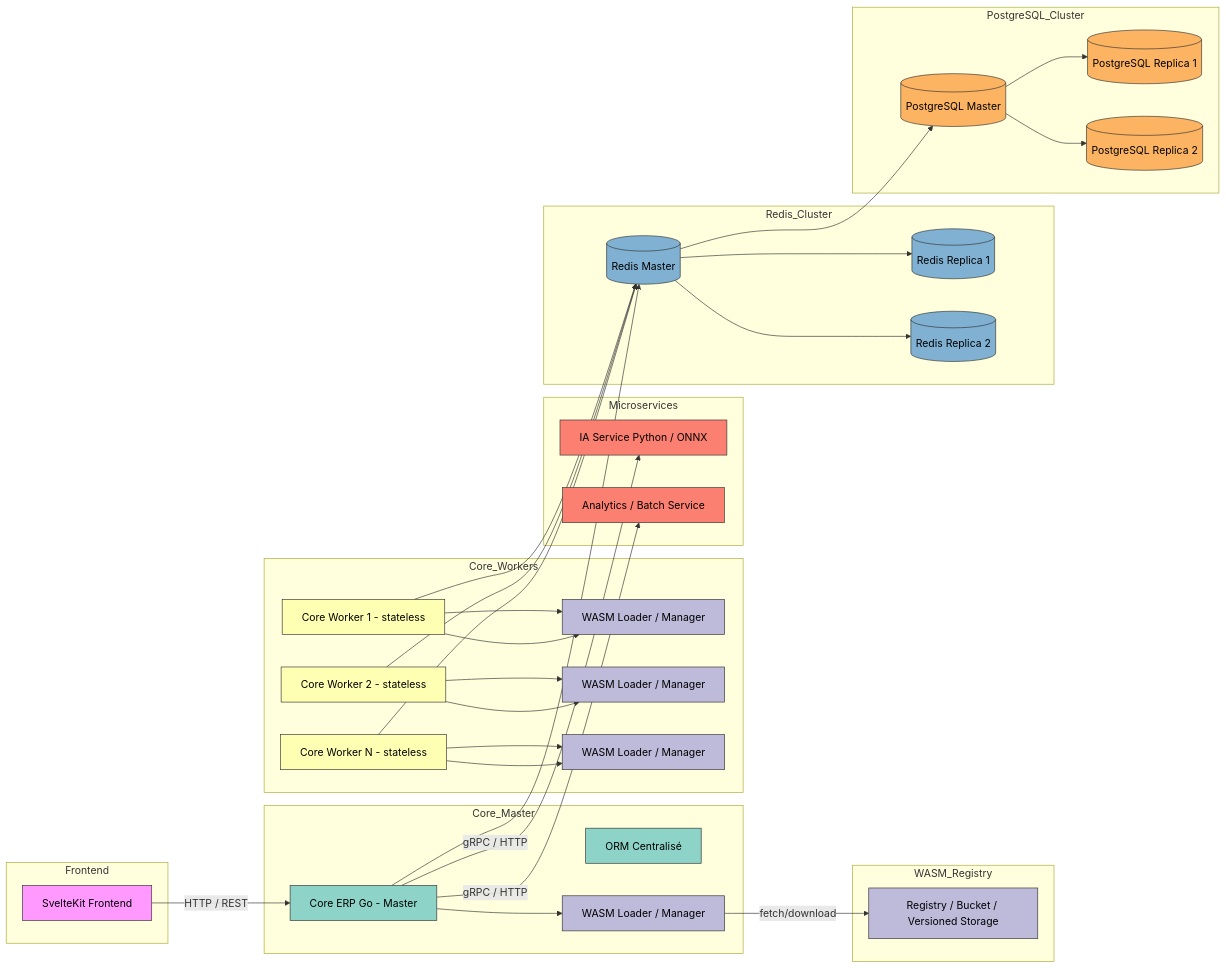
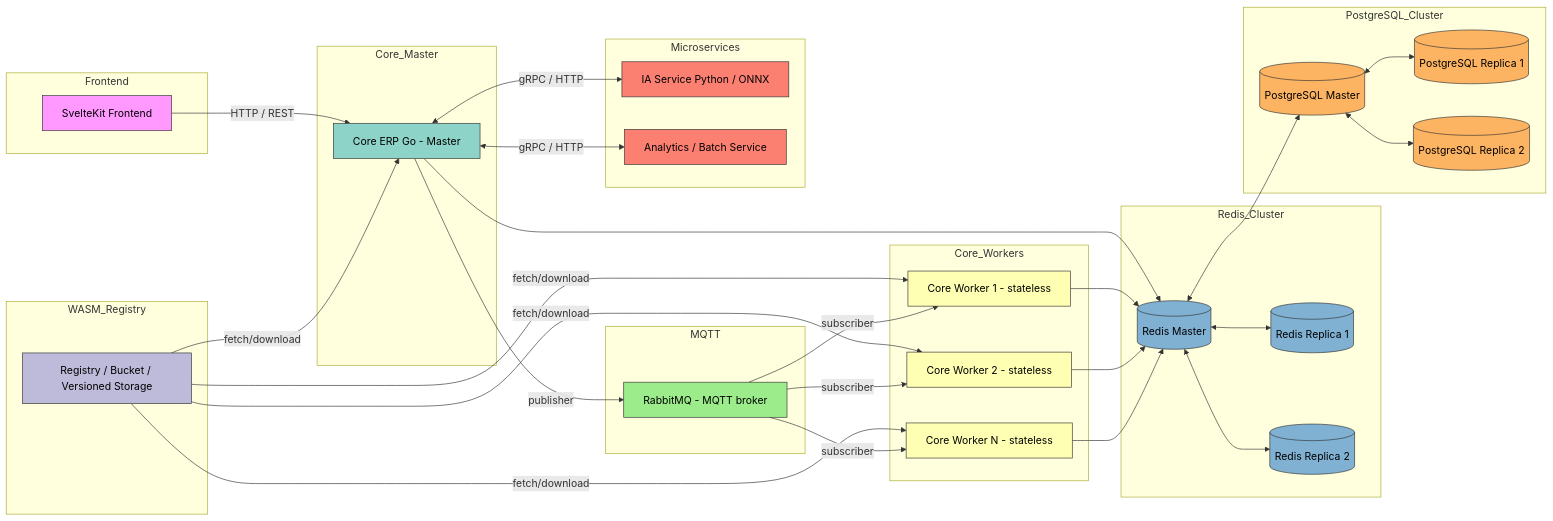
Before and after one commit to noiia/EERP: the diagram in core/schema/structure_v2.mmd, drawn with Mermaid. The commit also changed 4 other files, not shown here.

Commit message:
imp(back) : fixing module model, improving v2 architecture, improving claude.md and adding logs function to Makefile

```diff
--- a/core/schema/structure_v2.mmd
+++ b/core/schema/structure_v2.mmd
@@ -1,85 +1,91 @@
 flowchart LR
     %% Styles par type
     classDef frontend fill:#f9f,stroke:#333,stroke-width:1px,color:#000;
     classDef core fill:#8dd3c7,stroke:#333,stroke-width:1px,color:#000;
     classDef worker fill:#ffffb3,stroke:#333,stroke-width:1px,color:#000;
     classDef wasm fill:#bebada,stroke:#333,stroke-width:1px,color:#000;
     classDef microservice fill:#fb8072,stroke:#333,stroke-width:1px,color:#000;
     classDef redis fill:#80b1d3,stroke:#333,stroke-width:1px,color:#000;
     classDef db fill:#fdb462,stroke:#333,stroke-width:1px,color:#000;
+    classDef mqtt fill:#9CEC8B,stroke:#333,stroke-width:1px,color:#000;
 
     %% Frontend
     subgraph Frontend
         Svelte["SvelteKit Frontend"]:::frontend
     end
 
     %% Core Master
     subgraph Core_Master
         Master["Core ERP Go - Master"]:::core
-        ORM_Master["ORM Centralisé"]:::core
-        WASM_Manager_Master["WASM Loader / Manager"]:::wasm
+    end
+
+    %% MQTT
+    subgraph Mqtt["MQTT"]
+        MQTT["RabbitMQ - MQTT broker"]:::mqtt
     end
 
     %% Core Workers
     subgraph Core_Workers
         Worker1["Core Worker 1 - stateless"]:::worker
         Worker2["Core Worker 2 - stateless"]:::worker
         WorkerN["Core Worker N - stateless"]:::worker
-        Worker1 --> WASM_Manager_Worker1["WASM Loader / Manager"]:::wasm
-        Worker2 --> WASM_Manager_Worker2["WASM Loader / Manager"]:::wasm
-        WorkerN --> WASM_Manager_WorkerN["WASM Loader / Manager"]:::wasm
     end
 
     %% WASM Registry
     subgraph WASM_Registry
         WASM_Repo["Registry / Bucket / Versioned Storage"]:::wasm
     end
 
     %% Microservices
     subgraph Microservices
         IA["IA Service Python / ONNX"]:::microservice
         Analytics["Analytics / Batch Service"]:::microservice
     end
 
     %% Redis Cluster
     subgraph Redis_Cluster
         Redis_Master[(Redis Master)]:::redis
         Redis_Replica1[(Redis Replica 1)]:::redis
         Redis_Replica2[(Redis Replica 2)]:::redis
     end
 
     %% PostgreSQL Cluster
     subgraph PostgreSQL_Cluster
         DB_Master[(PostgreSQL Master)]:::db
         DB_Replica1[(PostgreSQL Replica 1)]:::db
         DB_Replica2[(PostgreSQL Replica 2)]:::db
     end
 
     %% Flows
     Svelte -->|HTTP / REST| Master
-    Master --> WASM_Manager_Master
-    WASM_Manager_Master -->|fetch/download| WASM_Repo
+    WASM_Repo -->|fetch/download| Master
 
     %% Job distribution via Redis
     Master --> Redis_Master
     Worker1 --> Redis_Master
     Worker2 --> Redis_Master
     WorkerN --> Redis_Master
 
     %% Redis replication
-    Redis_Master --> Redis_Replica1
-    Redis_Master --> Redis_Replica2
+    Redis_Master <--> Redis_Replica1
+    Redis_Master <--> Redis_Replica2
 
     %% PostgreSQL flow
-    Redis_Master --> DB_Master
-    DB_Master --> DB_Replica1
-    DB_Master --> DB_Replica2
+    Redis_Master <--> DB_Master
+    DB_Master <--> DB_Replica1
+    DB_Master <--> DB_Replica2
 
     %% Workers WASM execution
-    Worker1 --> WASM_Manager_Worker1
-    Worker2 --> WASM_Manager_Worker2
-    WorkerN --> WASM_Manager_WorkerN
+    WASM_Repo -->| fetch/download|Worker1
+    WASM_Repo -->| fetch/download|Worker2
+    WASM_Repo -->| fetch/download|WorkerN
 
     %% Microservices flows
-    Master -->|gRPC / HTTP| IA
-    Master -->|gRPC / HTTP| Analytics
+    Master <-->|gRPC / HTTP| IA
+    Master <-->|gRPC / HTTP| Analytics
+
+    %% MQTT pub/sub relations 
+    Master -->| publisher| MQTT
+    MQTT -->| subscriber| Worker1
+    MQTT -->| subscriber| Worker2
+    MQTT -->| subscriber| WorkerN
```
